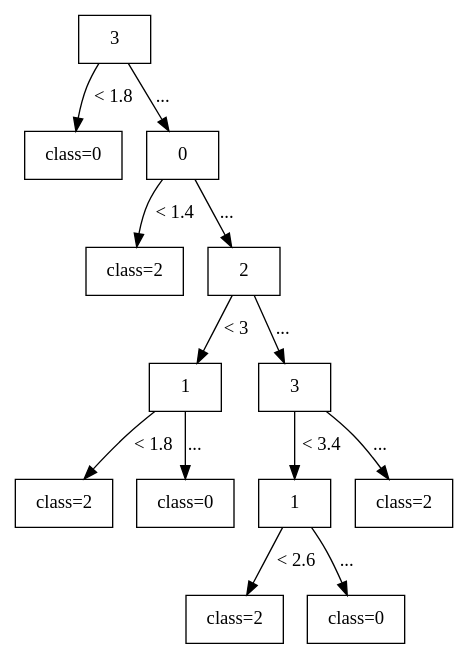
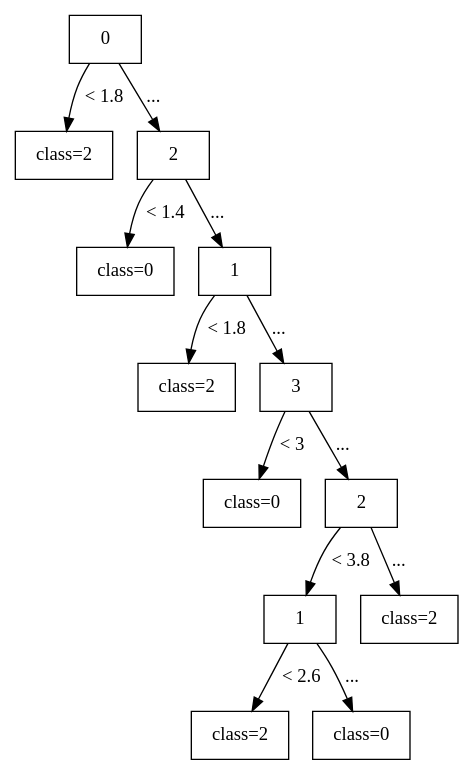
Before and after one commit to TakuyaMitarai/NSSESAT_Visualizer: the diagram in NSSESAT_backend/treedata/0.2016-13.dot, drawn with Graphviz. The commit also changed 85 other files, not shown here.

```diff
--- a/NSSESAT_backend/treedata/0.2016-13.dot
+++ b/NSSESAT_backend/treedata/0.2016-13.dot
@@ -1,40 +1,42 @@
 digraph G {
 node [shape=box];
 
-0 [label="3"];
+0 [label="0"];
 
-1 [label="class=0"];
-2 [label="0"];
+1 [label="class=2"];
+2 [label="2"];
 
 0 -> 1 [label="< 1.8"];
 0 -> 2 [label="..."];
 
-3 [label="class=2"];
-4 [label="2"];
+3 [label="class=0"];
+4 [label="1"];
 
 2 -> 3 [label="< 1.4"];
 2 -> 4 [label="..."];
 
-5 [label="1"];
-8 [label="3"];
+5 [label="class=2"];
+6 [label="3"];
 
-4 -> 5 [label="< 3"];
-4 -> 8 [label="..."];
+4 -> 5 [label="< 1.8"];
+4 -> 6 [label="..."];
 
-6 [label="class=2"];
 7 [label="class=0"];
+8 [label="2"];
+
+6 -> 7 [label="< 3"];
+6 -> 8 [label="..."];
+
 9 [label="1"];
 12 [label="class=2"];
 
-5 -> 6 [label="< 1.8"];
-5 -> 7 [label="..."];
-8 -> 9 [label="< 3.4"];
+8 -> 9 [label="< 3.8"];
 8 -> 12 [label="..."];
 
 10 [label="class=2"];
 11 [label="class=0"];
 
 9 -> 10 [label="< 2.6"];
 9 -> 11 [label="..."];
 
 }
```
